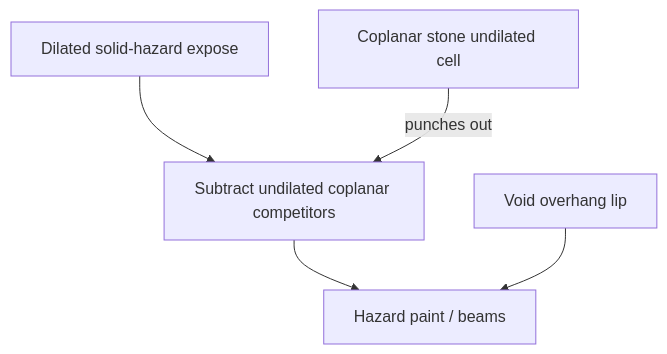
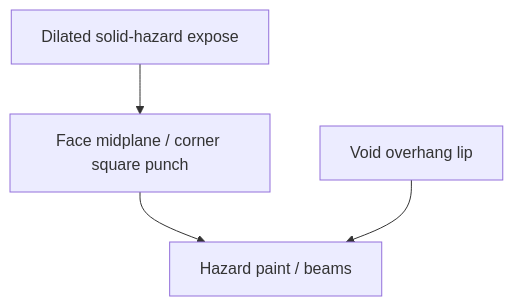
Before and after one commit to colinsmao/hbox-test: the diagram in PLAN.md, drawn with Mermaid. The commit also changed other lines of this file and 12 other files, not shown here.

````diff
--- a/PLAN.md
+++ b/PLAN.md
@@ -42,9 +35,8 @@
 ```mermaid
 flowchart TD
   Dilated["Dilated solid-hazard expose"]
-  Punch["Subtract undilated coplanar competitors"]
+  Punch["Face midplane / corner square punch"]
   Paint["Hazard paint / beams"]
   Dilated --> Punch --> Paint
   VoidLip["Void overhang lip"] --> Paint
-  StoneCell["Coplanar stone undilated cell"] -->|"punches out"| Punch
 ```
````
